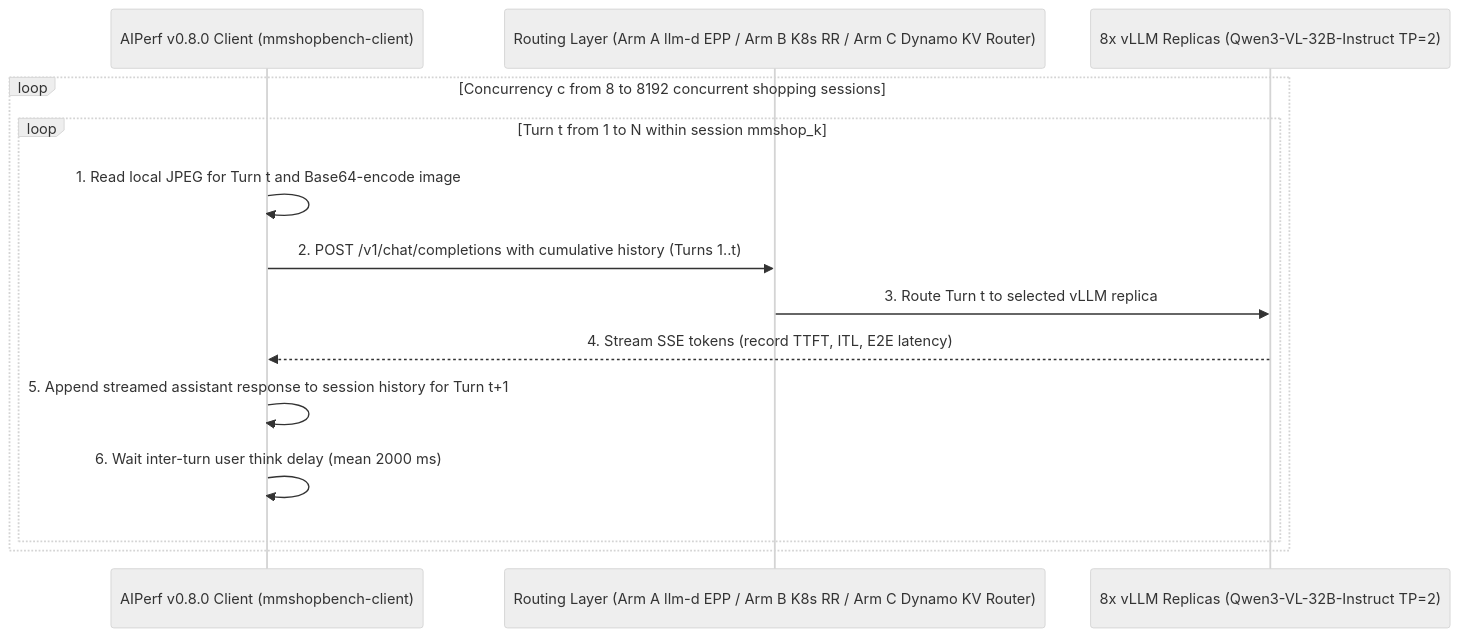
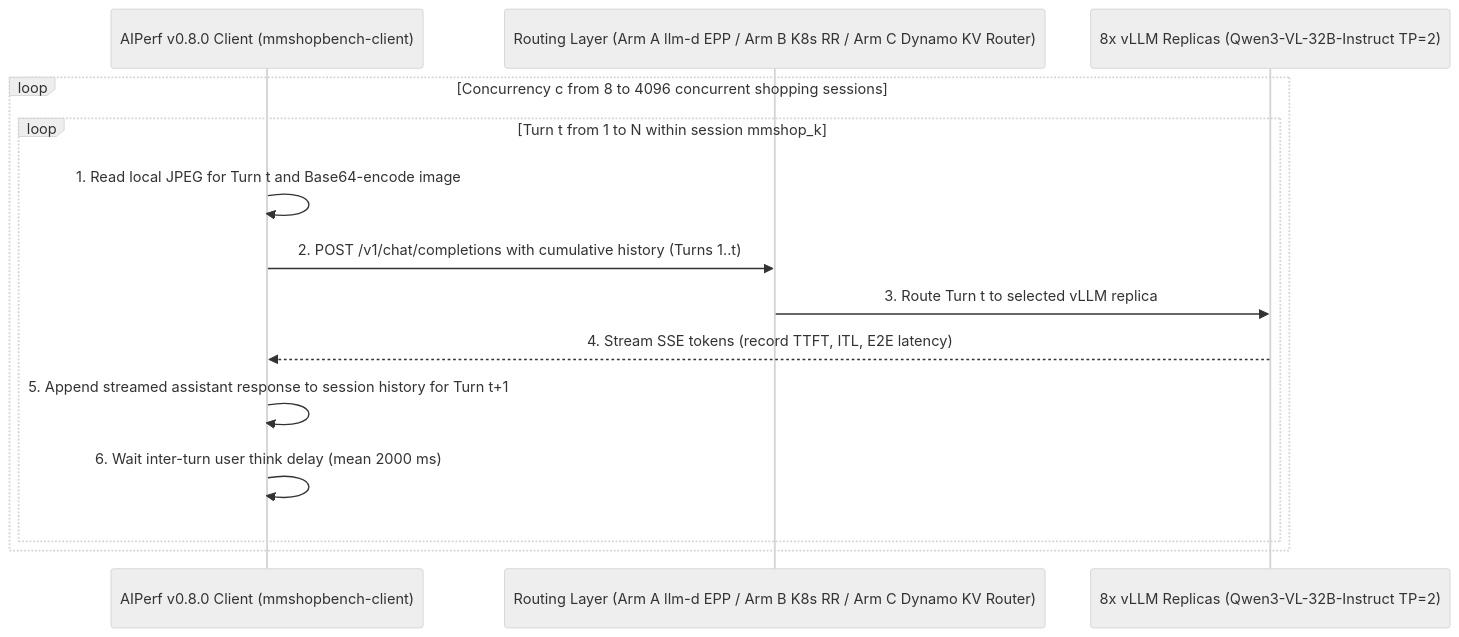
One commit to cheng-hsiang-chiu/benchmarking_llmd changed the diagram in llmd_k8s_dynamo_aggredated_agentic_multimodal/results/MMSHOPBENCH_LLMD_MULTIMODAL_BENCHMARK_REPORT.md. Above: the diagram before and after it, drawn with Mermaid (neutral theme). The commit also changed other lines of this file and 42 other files, not shown here.

````diff
--- a/llmd_k8s_dynamo_aggredated_agentic_multimodal/results/MMSHOPBENCH_LLMD_MULTIMODAL_BENCHMARK_REPORT.md
+++ b/llmd_k8s_dynamo_aggredated_agentic_multimodal/results/MMSHOPBENCH_LLMD_MULTIMODAL_BENCHMARK_REPORT.md
@@ -38,17 +36,17 @@
 ```mermaid
 sequenceDiagram
     participant C as AIPerf v0.8.0 Client (mmshopbench-client)
     participant R as Routing Layer (Arm A llm-d EPP / Arm B K8s RR / Arm C Dynamo KV Router)
     participant V as 8x vLLM Replicas (Qwen3-VL-32B-Instruct TP=2)
 
-    loop Concurrency c from 8 to 8192 concurrent shopping sessions
+    loop Concurrency c from 8 to 4096 concurrent shopping sessions
         loop Turn t from 1 to N within session mmshop_k
             C->>C: 1. Read local JPEG for Turn t and Base64-encode image
             C->>R: 2. POST /v1/chat/completions with cumulative history (Turns 1..t)
             R->>V: 3. Route Turn t to selected vLLM replica
             V-->>C: 4. Stream SSE tokens (record TTFT, ITL, E2E latency)
             C->>C: 5. Append streamed assistant response to session history for Turn t+1
             C->>C: 6. Wait inter-turn user think delay (mean 2000 ms)
         end
     end
 ```
````
